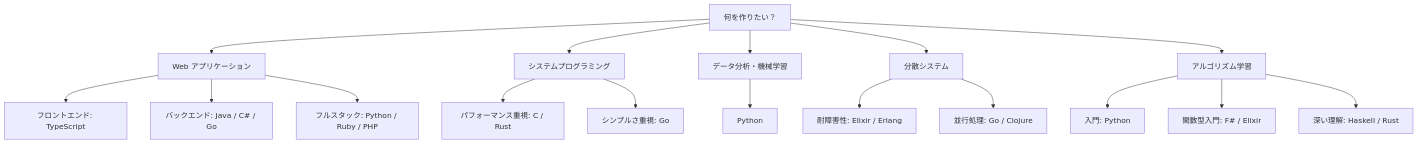
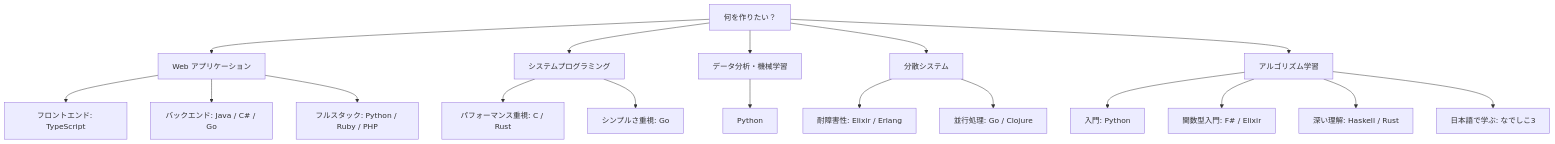
Before and after one commit to k2works/getting-started-algorithm: the first of 2 diagrams in docs/article/all/07-comprehensive-comparison.md, drawn with Mermaid. The commit also changed other lines of this file and 7 other files, not shown here.

````diff
--- a/docs/article/all/07-comprehensive-comparison.md
+++ b/docs/article/all/07-comprehensive-comparison.md
@@ -87,24 +93,25 @@
 ```mermaid
 graph TD
     A[何を作りたい？] --> B[Web アプリケーション]
     A --> C[システムプログラミング]
     A --> D[データ分析・機械学習]
     A --> E[分散システム]
     A --> F[アルゴリズム学習]
 
     B --> B1[フロントエンド: TypeScript]
     B --> B2[バックエンド: Java / C# / Go]
     B --> B3[フルスタック: Python / Ruby / PHP]
 
     C --> C1[パフォーマンス重視: C / Rust]
     C --> C2[シンプルさ重視: Go]
 
     D --> D1[Python]
 
     E --> E1[耐障害性: Elixir / Erlang]
     E --> E2[並行処理: Go / Clojure]
 
     F --> F1[入門: Python]
     F --> F2[関数型入門: F# / Elixir]
     F --> F3[深い理解: Haskell / Rust]
+    F --> F4[日本語で学ぶ: なでしこ3]
 ```
````
